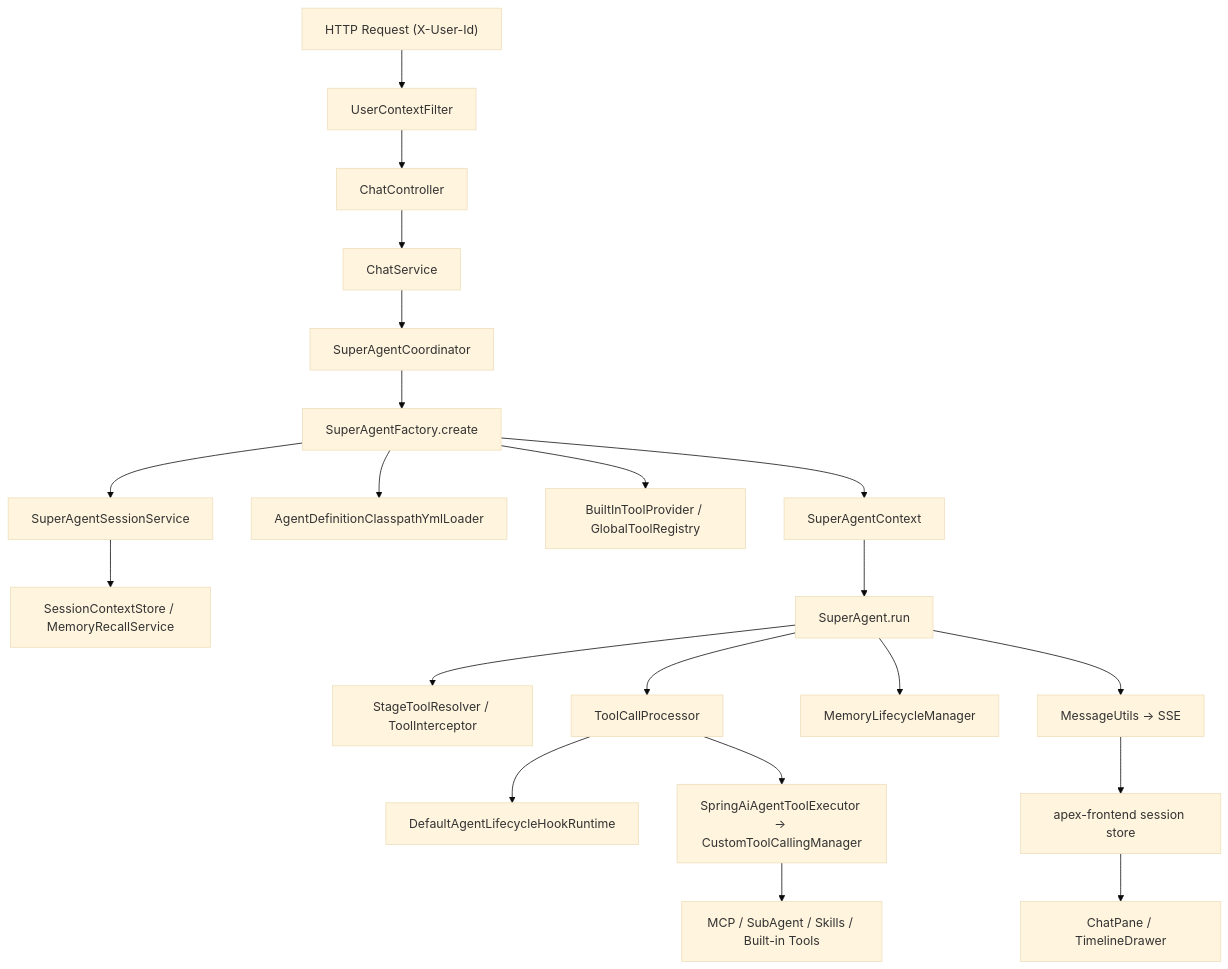
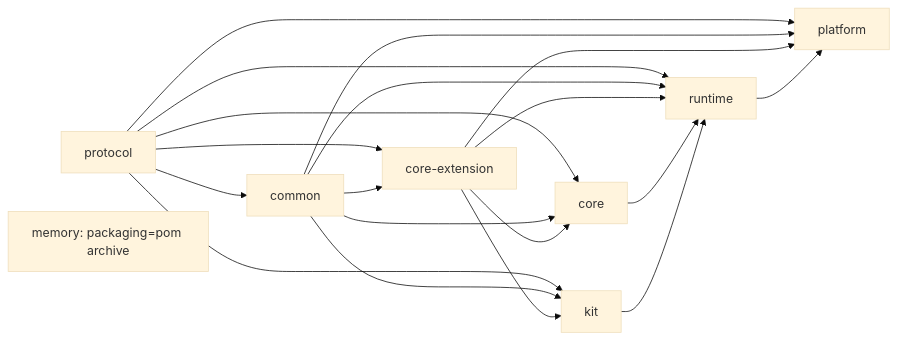
The diagram in docs/overview/架构与执行流程.md (gemo12123/apex-agent), drawn with Mermaid (base theme) before and after one commit. The commit also changed other lines of this file and 17 other files, not shown here.

````diff
--- a/docs/overview/架构与执行流程.md
+++ b/docs/overview/架构与执行流程.md
@@ -10,23 +5,22 @@
 ```mermaid
-flowchart TD
-    A["HTTP Request (X-User-Id)"] --> B["UserContextFilter"]
-    B --> C["ChatController"]
-    C --> D["ChatService"]
-    D --> E["SuperAgentCoordinator"]
-    E --> F["SuperAgentFactory.create"]
-    F --> G["SuperAgentSessionService"]
-    F --> H["AgentDefinitionClasspathYmlLoader"]
-    F --> I["BuiltInToolProvider / GlobalToolRegistry"]
-    G --> J["SessionContextStore / MemoryRecallService"]
-    F --> K["SuperAgentContext"]
-    K --> L["SuperAgent.run"]
-    L --> M["StageToolResolver / ToolInterceptor"]
-    L --> N["ToolCallProcessor"]
-    N --> O["DefaultAgentLifecycleHookRuntime"]
-    N --> P["SpringAiAgentToolExecutor -> CustomToolCallingManager"]
-    P --> Q["MCP / SubAgent / Skills / Built-in Tools"]
-    L --> R["MemoryLifecycleManager"]
-    L --> S["MessageUtils -> SSE"]
-    S --> T["apex-frontend session store"]
-    T --> U["ChatPane / TimelineDrawer"]
+flowchart LR
+    P["protocol"] --> C["common"]
+    P --> E["core-extension"]
+    C --> E
+    P --> K["core"]
+    C --> K
+    E --> K
+    P --> T["kit"]
+    C --> T
+    E --> T
+    P --> R["runtime"]
+    C --> R
+    E --> R
+    K --> R
+    T --> R
+    P --> F["platform"]
+    C --> F
+    E --> F
+    R --> F
+    M["memory: packaging=pom archive"]
 ```
````
